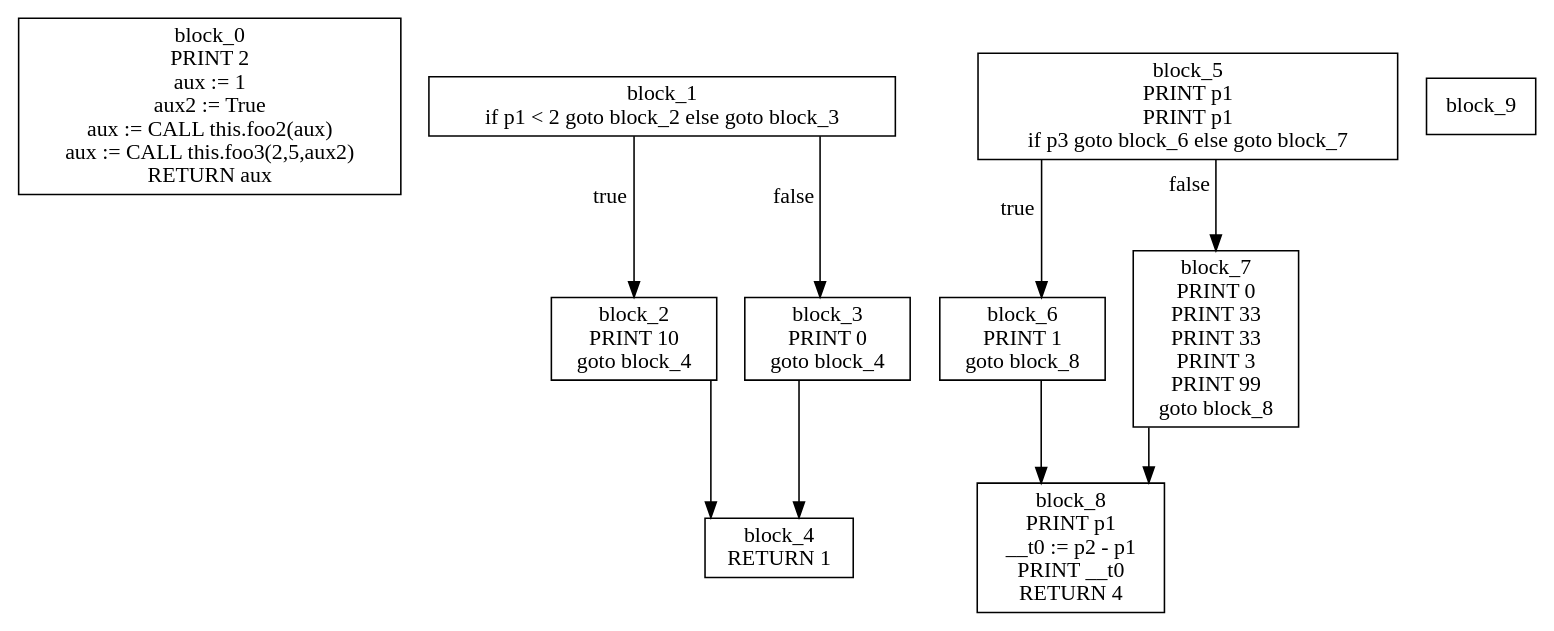
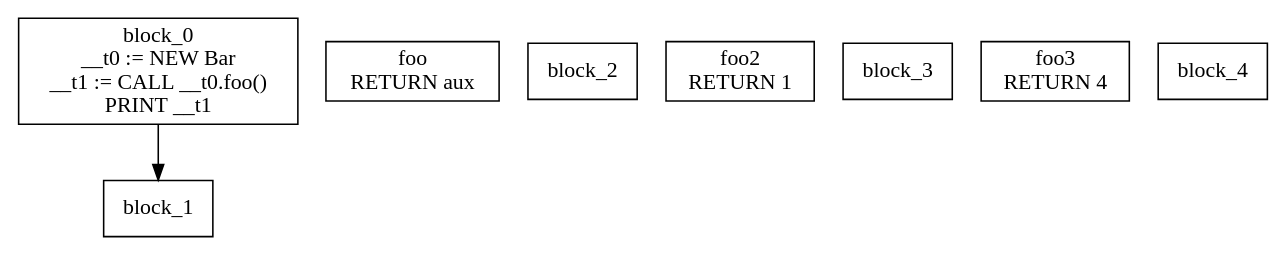
One commit to KarmaSora/Compiler changed the diagram in gettingStarted/cfg.dot. Above: the diagram before and after it, drawn with Graphviz. The commit also changed 8 other files, not shown here.

```diff
--- a/gettingStarted/cfg.dot
+++ b/gettingStarted/cfg.dot
@@ -1,22 +1,16 @@
 digraph CFG {
 graph [splines=ortho];
 node [shape=box];
-block_0 [label="block_0\nPRINT 2\naux := 1\naux2 := True\naux := CALL this.foo2(aux)\naux := CALL this.foo3(2,5,aux2)\nRETURN aux\n"];
-block_1 -> block_2 [xlabel="true"];
-block_1 -> block_3 [xlabel="false"];
-block_1 [label="block_1\nif p1 < 2 goto block_2 else goto block_3\n"];
-block_2 -> block_4;
-block_2 [label="block_2\nPRINT 10\ngoto block_4\n"];
-block_3 -> block_4;
-block_3 [label="block_3\nPRINT 0\ngoto block_4\n"];
-block_4 [label="block_4\nRETURN 1\n"];
-block_5 -> block_6 [xlabel="true"];
-block_5 -> block_7 [xlabel="false"];
-block_5 [label="block_5\nPRINT p1\nPRINT p1\nif p3 goto block_6 else goto block_7\n"];
-block_6 -> block_8;
-block_6 [label="block_6\nPRINT 1\ngoto block_8\n"];
-block_7 -> block_8;
-block_7 [label="block_7\nPRINT 0\nPRINT 33\nPRINT 33\nPRINT 3\nPRINT 99\ngoto block_8\n"];
-block_8 [label="block_8\nPRINT p1\n__t0 := p2 - p1\nPRINT __t0\nRETURN 4\n"];
-block_9 [label="block_9\n"];
+block_0 -> block_1;
+block_0 [label="block_0\n__t0 := NEW Bar\n__t1 := CALL __t0.foo()\nPRINT __t1\n"];
+block_1 [label="block_1\n"];
+foo [label="foo\nRETURN aux\n"];
+foo [label="foo\nRETURN aux\n"];
+block_2 [label="block_2\n"];
+foo2 [label="foo2\nRETURN 1\n"];
+foo2 [label="foo2\nRETURN 1\n"];
+block_3 [label="block_3\n"];
+foo3 [label="foo3\nRETURN 4\n"];
+foo3 [label="foo3\nRETURN 4\n"];
+block_4 [label="block_4\n"];
 }
```
